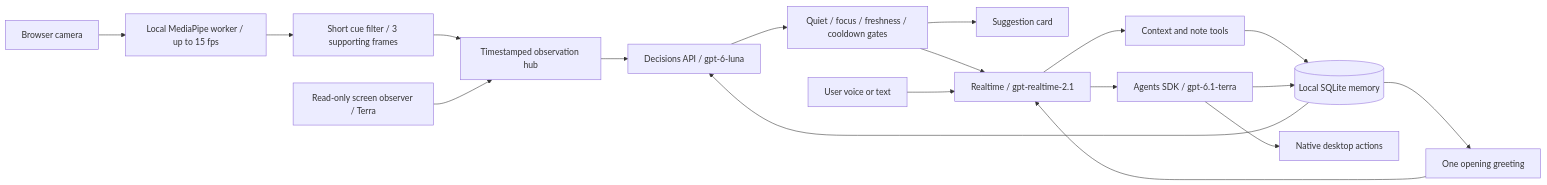
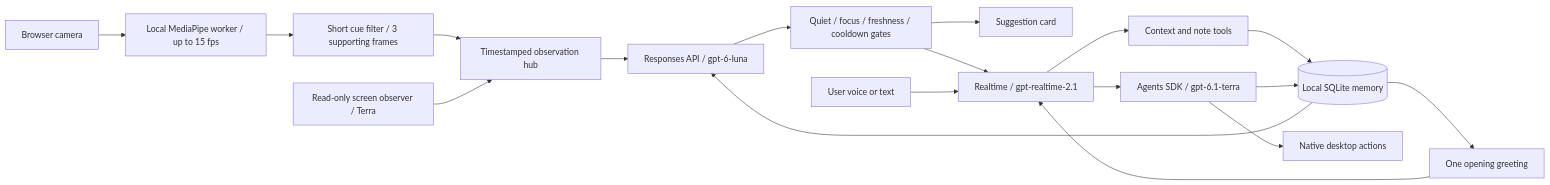
One commit to jenniferumoke/ambi-openai-hackathon changed the diagram in README.md. Above: the diagram before and after it, drawn with Mermaid. The commit also changed 6 other files, not shown here.

````diff
--- a/README.md
+++ b/README.md
@@ -111,20 +111,20 @@
 ```mermaid
 flowchart LR
     Camera[Browser camera] --> Vision[Local MediaPipe worker / up to 15 fps]
     Vision --> Filter[Short cue filter / 3 supporting frames]
     Filter --> Hub[Timestamped observation hub]
     Screen[Read-only screen observer / Terra] --> Hub
-    Memory[(Local SQLite memory)] --> Decisions[Decisions API / gpt-6-luna]
+    Memory[(Local SQLite memory)] --> Decisions[Responses API / gpt-6-luna]
     Hub --> Decisions
     Decisions --> Gate[Quiet / focus / freshness / cooldown gates]
     Gate --> UI[Suggestion card]
     Gate --> Voice[Realtime / gpt-realtime-2.1]
     Memory --> Startup[One opening greeting]
     Startup --> Voice
     User[User voice or text] --> Voice
     Voice --> Notes[Context and note tools]
     Notes --> Memory
     Voice --> Worker[Agents SDK / gpt-6.1-terra]
     Worker --> Desktop[Native desktop actions]
     Worker --> Memory
 ```
````
